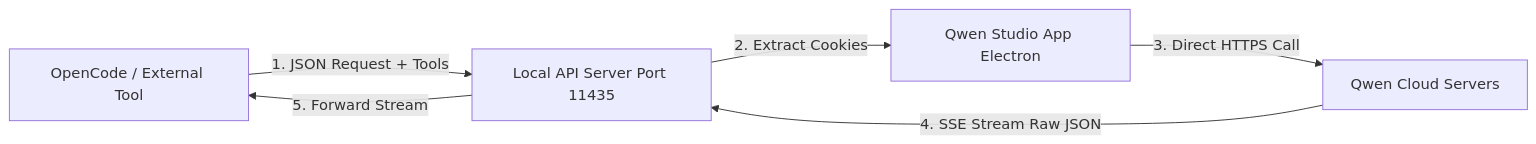
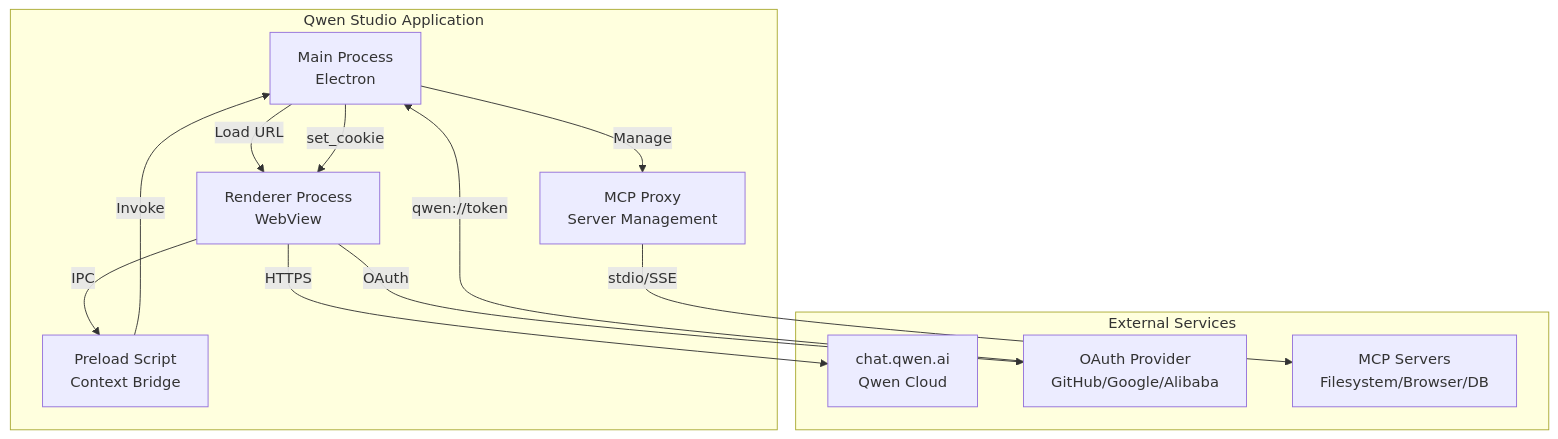
The first of 8 diagrams in ARCHITECTURE.md (youssefvdel/qwen-studio), drawn with Mermaid before and after one commit. The commit also changed other lines of this file, not shown here.

First line of the commit message:
docs: replace ARCHITECTURE.md with comprehensive Mermaid diagrams

````diff
--- a/ARCHITECTURE.md
+++ b/ARCHITECTURE.md
@@ -5,8 +11,25 @@
 ```mermaid
-graph LR
-    A[OpenCode / External Tool] -->|1. JSON Request + Tools| B[Local API Server Port 11435]
-    B -->|2. Extract Cookies| C[Qwen Studio App Electron]
-    C -->|3. Direct HTTPS Call| D[Qwen Cloud Servers]
-    D -->|4. SSE Stream Raw JSON| B
-    B -->|5. Forward Stream| A
+graph TB
+    subgraph "Qwen Studio Application"
+        Main[Main Process<br/>Electron]
+        Render[Renderer Process<br/>WebView]
+        Preload[Preload Script<br/>Context Bridge]
+        MCP[MCP Proxy<br/>Server Management]
+    end
+    
+    subgraph "External Services"
+        Qwen[chat.qwen.ai<br/>Qwen Cloud]
+        OAuth[OAuth Provider<br/>GitHub/Google/Alibaba]
+        MCPS[MCP Servers<br/>Filesystem/Browser/DB]
+    end
+    
+    Main -->|Load URL| Render
+    Render -->|IPC| Preload
+    Preload -->|Invoke| Main
+    Main -->|Manage| MCP
+    MCP -->|stdio/SSE| MCPS
+    Render -->|HTTPS| Qwen
+    Render -->|OAuth| OAuth
+    OAuth -->|qwen://token| Main
+    Main -->|set_cookie| Render
 ```
````
